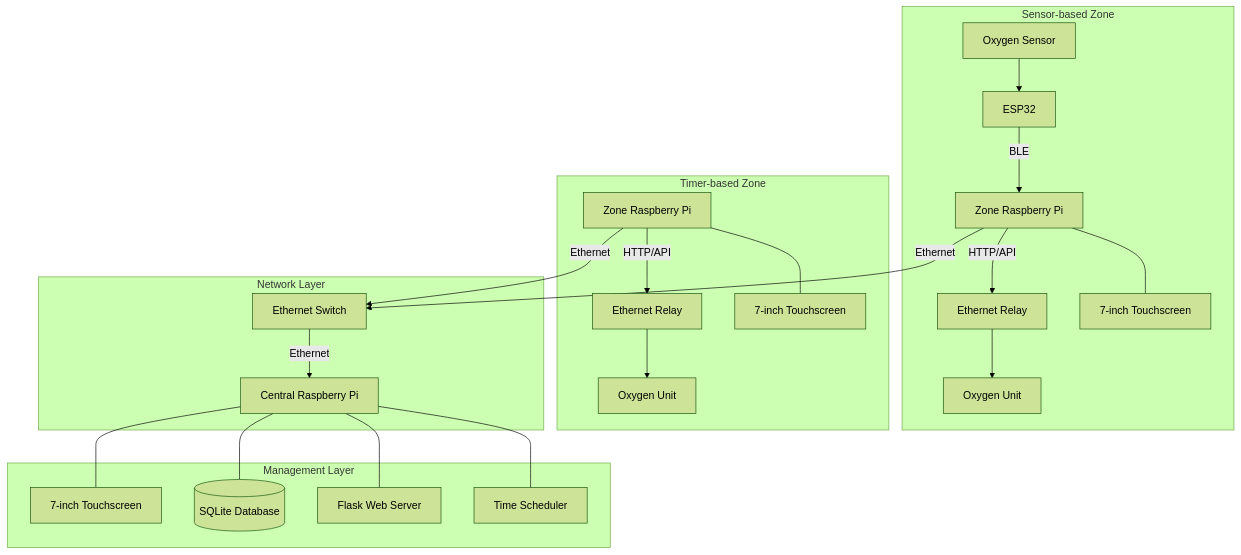
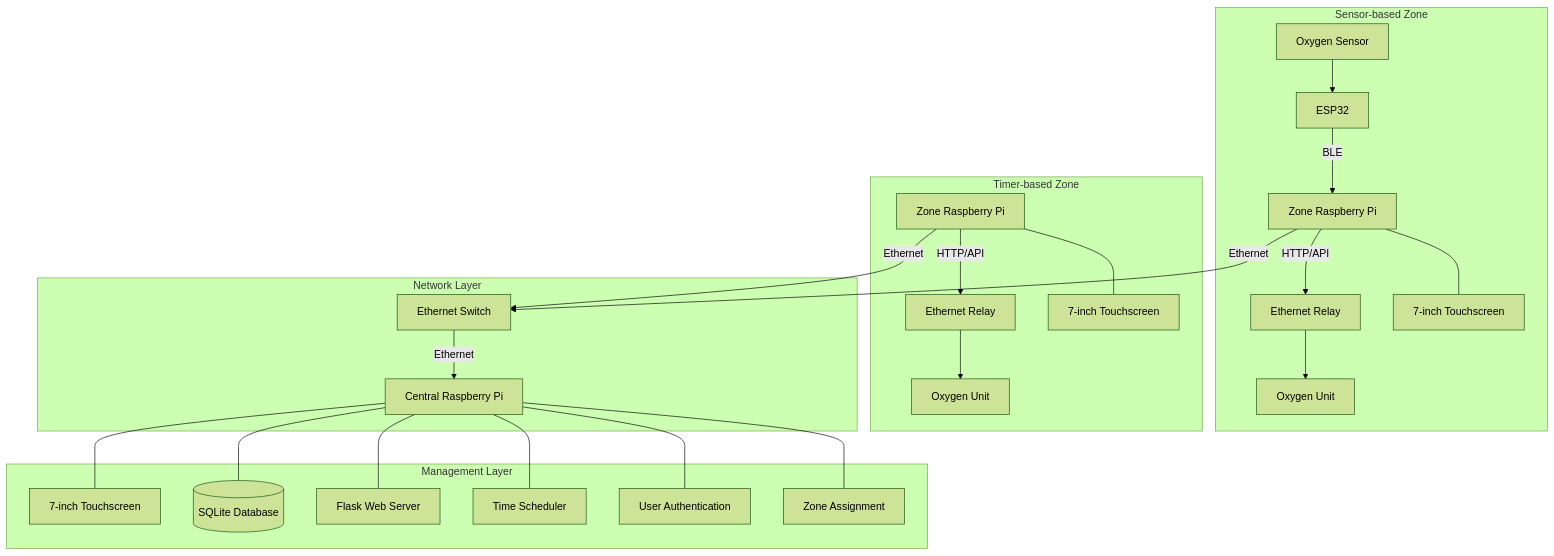
One commit to adityatripathi05/Oxygen-Enrichment-System changed the third of 8 diagrams in docs/design_plan.md. Above: the diagram before and after it, drawn with Mermaid (forest theme). The commit also changed other lines of this file, not shown here.

````diff
--- a/docs/design_plan.md
+++ b/docs/design_plan.md
@@ -130,29 +149,31 @@
 ```mermaid
 graph TD
     subgraph "Sensor-based Zone"
         OxySensor[Oxygen Sensor] --> ESP32
         ESP32 -->|BLE| ZoneRPi1[Zone Raspberry Pi]
         ZoneRPi1 -->|HTTP/API| EthRelay1[Ethernet Relay]
         EthRelay1 --> OxyUnit1[Oxygen Unit]
         ZoneRPi1 --- Display1[7-inch Touchscreen]
     end
     
     subgraph "Timer-based Zone"
         ZoneRPi2[Zone Raspberry Pi] -->|HTTP/API| EthRelay2[Ethernet Relay]
         EthRelay2 --> OxyUnit2[Oxygen Unit]
         ZoneRPi2 --- Display2[7-inch Touchscreen]
     end
 
     subgraph "Network Layer"
         ZoneRPi1 -->|Ethernet| Switch[Ethernet Switch]
         ZoneRPi2 -->|Ethernet| Switch
         Switch -->|Ethernet| CentralRPi[Central Raspberry Pi]
     end
 
     subgraph "Management Layer"
         CentralRPi --- CDisplay[7-inch Touchscreen]
         CentralRPi --- SQLite[(SQLite Database)]
         CentralRPi --- WebServer[Flask Web Server]
         CentralRPi --- Scheduler[Time Scheduler]
+        CentralRPi --- UserManagement[User Authentication]
+        CentralRPi --- ZoneManager[Zone Assignment]
     end
 ```
````
